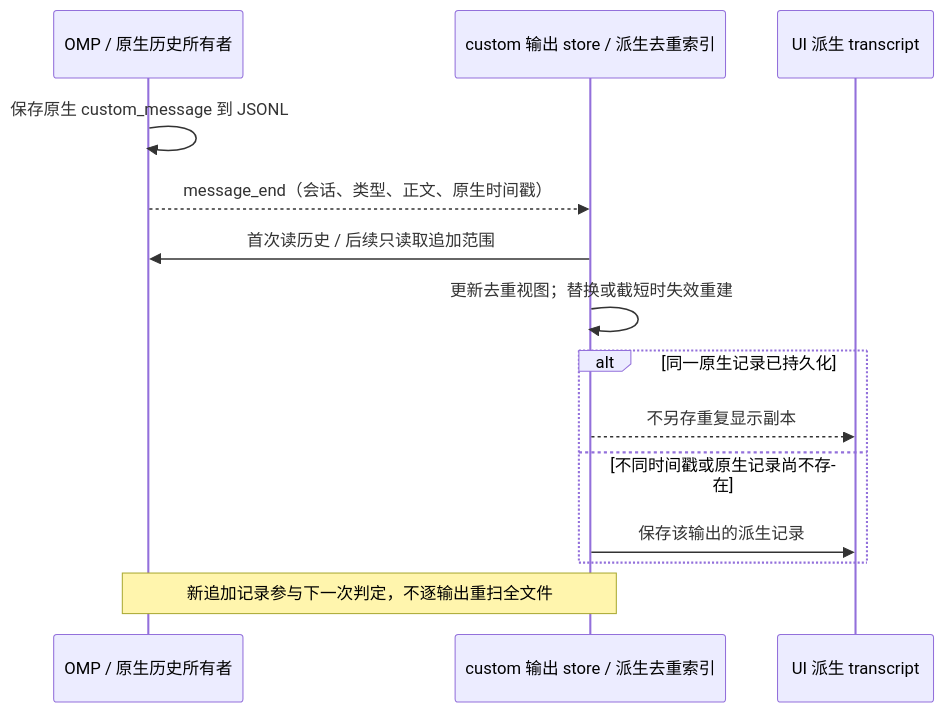
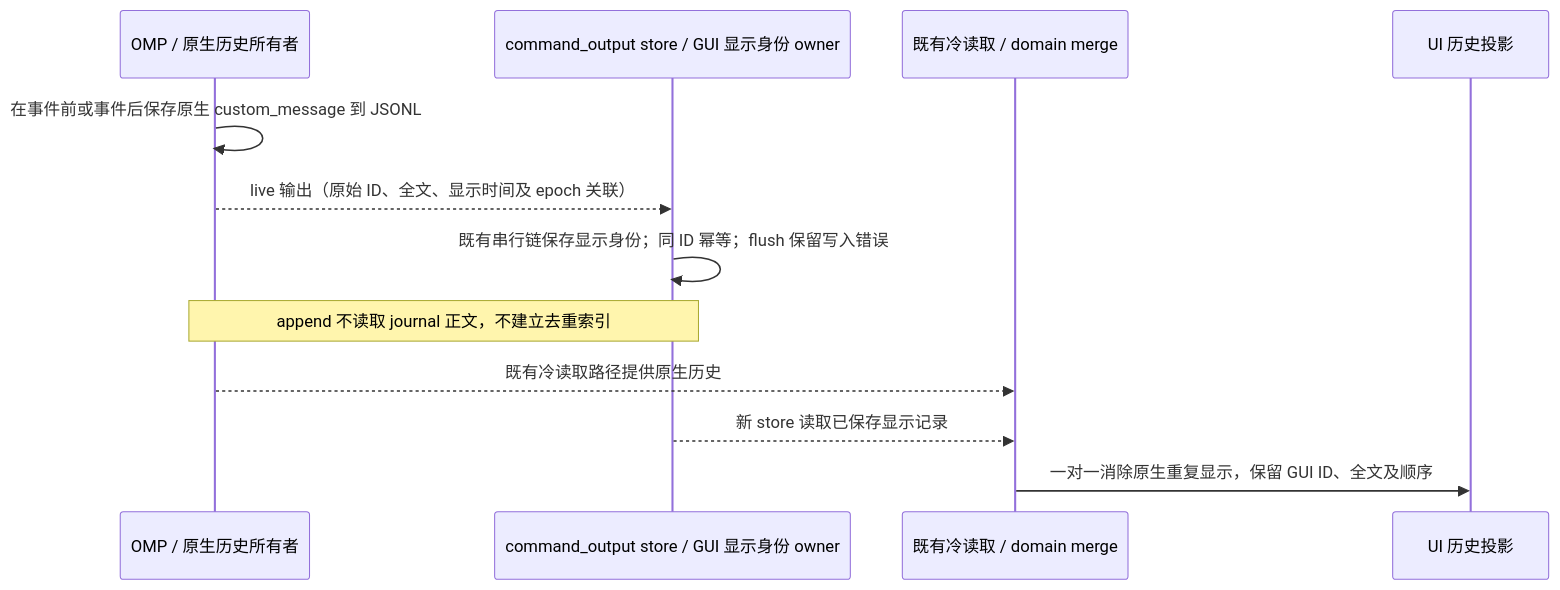
One commit to jchanghong023/OmpCode changed the diagram in docs/requirements/performance.md. Above: the diagram before and after it, drawn with Mermaid. The commit also changed other lines of this file and 246 other files, not shown here.

Commit message:
fix(omp): stabilize desktop integration and real-core GUI gates

````diff
--- a/docs/requirements/performance.md
+++ b/docs/requirements/performance.md
@@ -45,16 +45,14 @@
 ```mermaid
 sequenceDiagram
   participant OMP as OMP / 原生历史所有者
-  participant Store as custom 输出 store / 派生去重索引
-  participant Derived as UI 派生 transcript
-  OMP->>OMP: 保存原生 custom_message 到 JSONL
-  OMP-->>Store: message_end（会话、类型、正文、原生时间戳）
-  Store->>OMP: 首次读历史 / 后续只读取追加范围
-  Store->>Store: 更新去重视图；替换或截短时失效重建
-  alt 同一原生记录已持久化
-    Store-->>Derived: 不另存重复显示副本
-  else 不同时间戳或原生记录尚不存在
-    Store->>Derived: 保存该输出的派生记录
-  end
-  Note over OMP,Store: 新追加记录参与下一次判定，不逐输出重扫全文件
+  participant Store as command_output store / GUI 显示身份 owner
+  participant Merge as 既有冷读取 / domain merge
+  participant UI as UI 历史投影
+  OMP->>OMP: 在事件前或事件后保存原生 custom_message 到 JSONL
+  OMP-->>Store: live 输出（原始 ID、全文、显示时间及 epoch 关联）
+  Store->>Store: 既有串行链保存显示身份；同 ID 幂等；flush 保留写入错误
+  Note over OMP,Store: append 不读取 journal 正文，不建立去重索引
+  OMP-->>Merge: 既有冷读取路径提供原生历史
+  Store-->>Merge: 新 store 读取已保存显示记录
+  Merge->>UI: 一对一消除原生重复显示，保留 GUI ID、全文及顺序
 ```
````
